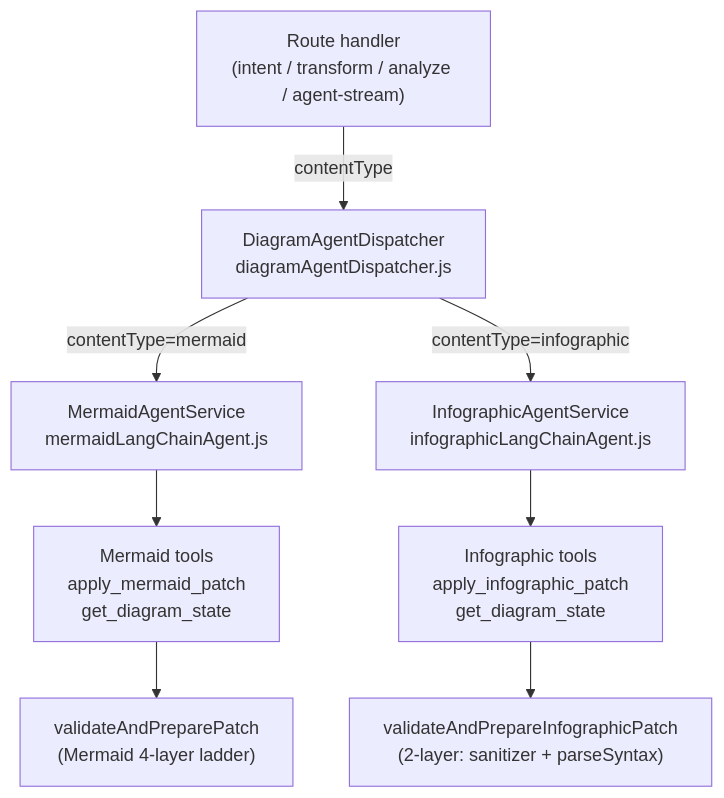
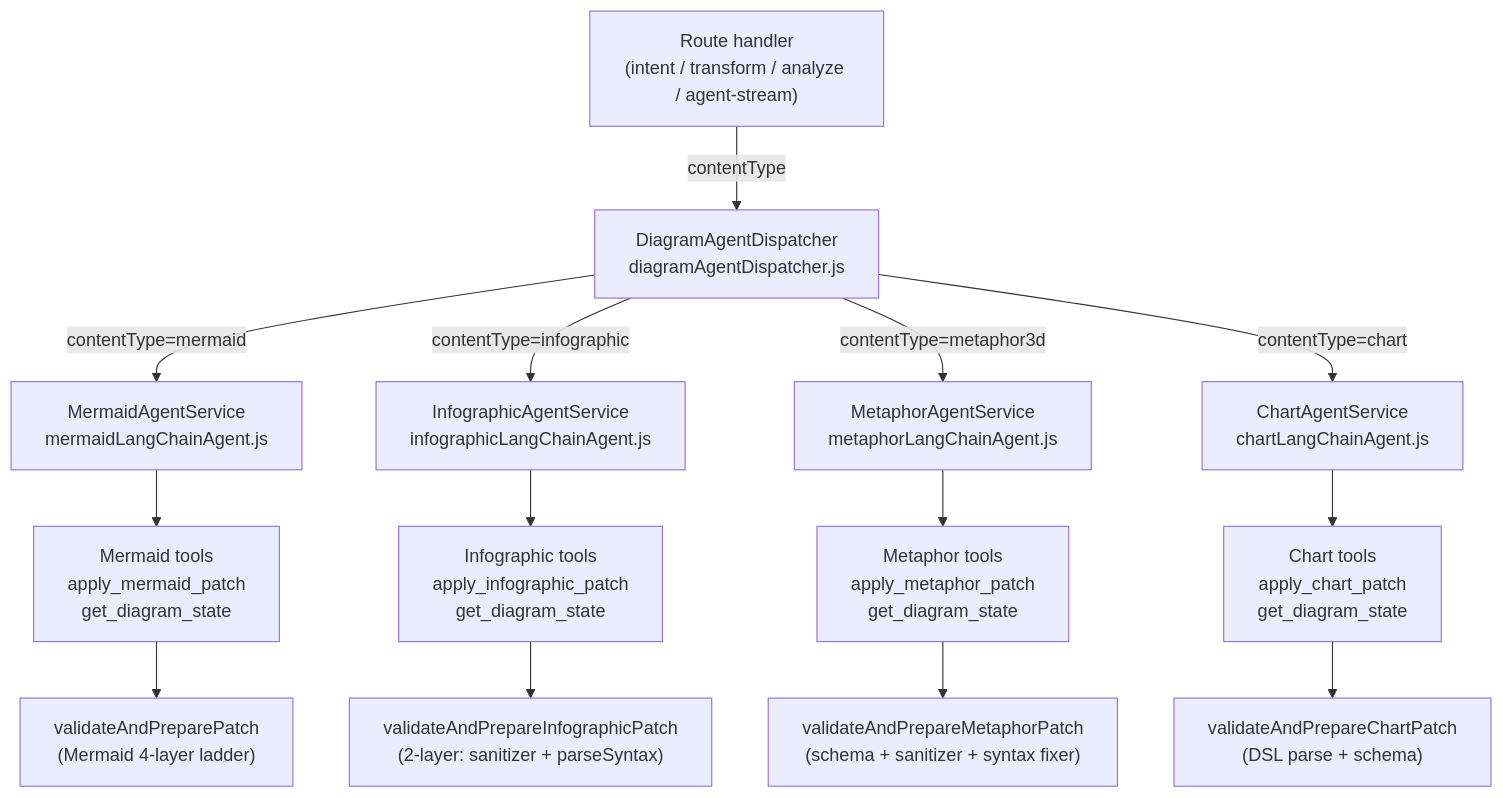
One commit to acuhlmann/mermaid-gen changed the first of 2 diagrams in docs/guide/agents.md. Above: the diagram before and after it, drawn with Mermaid. The commit also changed other lines of this file and 24 other files, not shown here.

````diff
--- a/docs/guide/agents.md
+++ b/docs/guide/agents.md
@@ -7,10 +7,16 @@
 ```mermaid
 flowchart TB
   Route["Route handler\n(intent / transform / analyze / agent-stream)"] -->|"contentType"| D["DiagramAgentDispatcher\ndiagramAgentDispatcher.js"]
   D -->|"contentType=mermaid"| MAS["MermaidAgentService\nmermaidLangChainAgent.js"]
   D -->|"contentType=infographic"| IAS["InfographicAgentService\ninfographicLangChainAgent.js"]
+  D -->|"contentType=metaphor3d"| MES["MetaphorAgentService\nmetaphorLangChainAgent.js"]
+  D -->|"contentType=chart"| CAS["ChartAgentService\nchartLangChainAgent.js"]
   MAS --> MT["Mermaid tools\napply_mermaid_patch\nget_diagram_state"]
   IAS --> IT["Infographic tools\napply_infographic_patch\nget_diagram_state"]
+  MES --> MET["Metaphor tools\napply_metaphor_patch\nget_diagram_state"]
+  CAS --> CT["Chart tools\napply_chart_patch\nget_diagram_state"]
   MT --> MV["validateAndPreparePatch\n(Mermaid 4-layer ladder)"]
   IT --> IV["validateAndPrepareInfographicPatch\n(2-layer: sanitizer + parseSyntax)"]
+  MET --> MEV["validateAndPrepareMetaphorPatch\n(schema + sanitizer + syntax fixer)"]
+  CT --> CV["validateAndPrepareChartPatch\n(DSL parse + schema)"]
 ```
````
